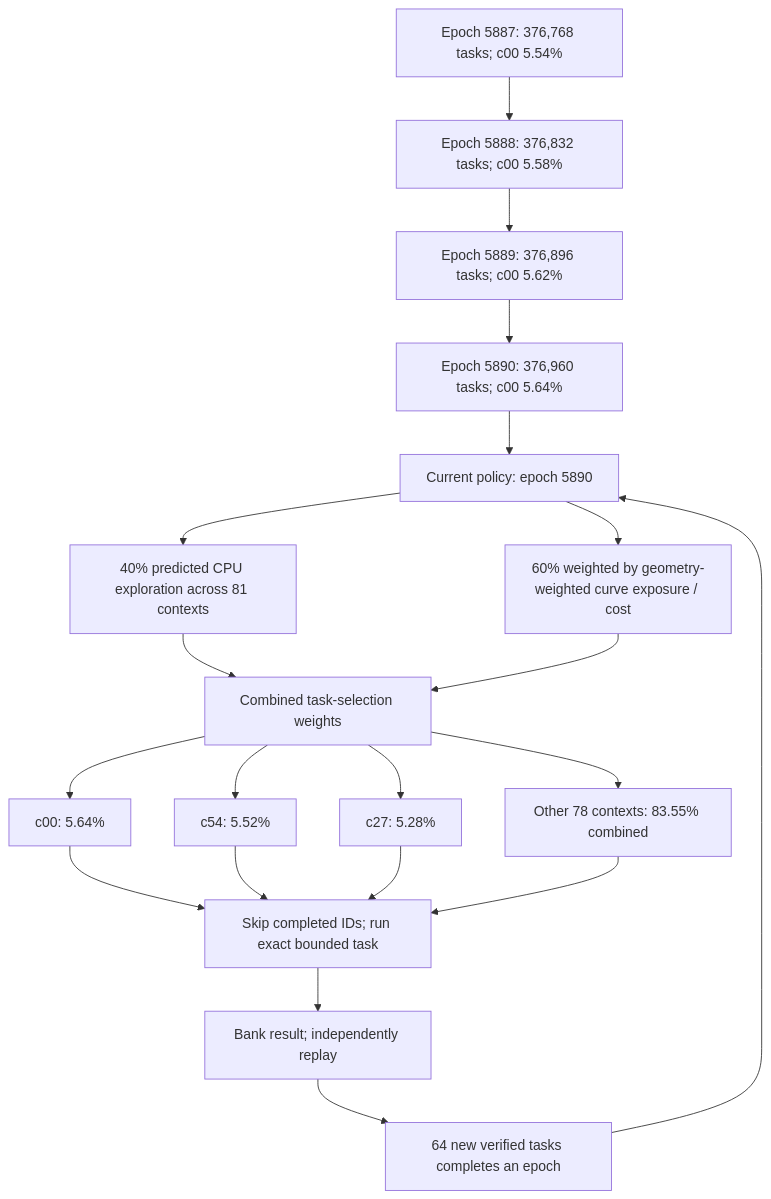
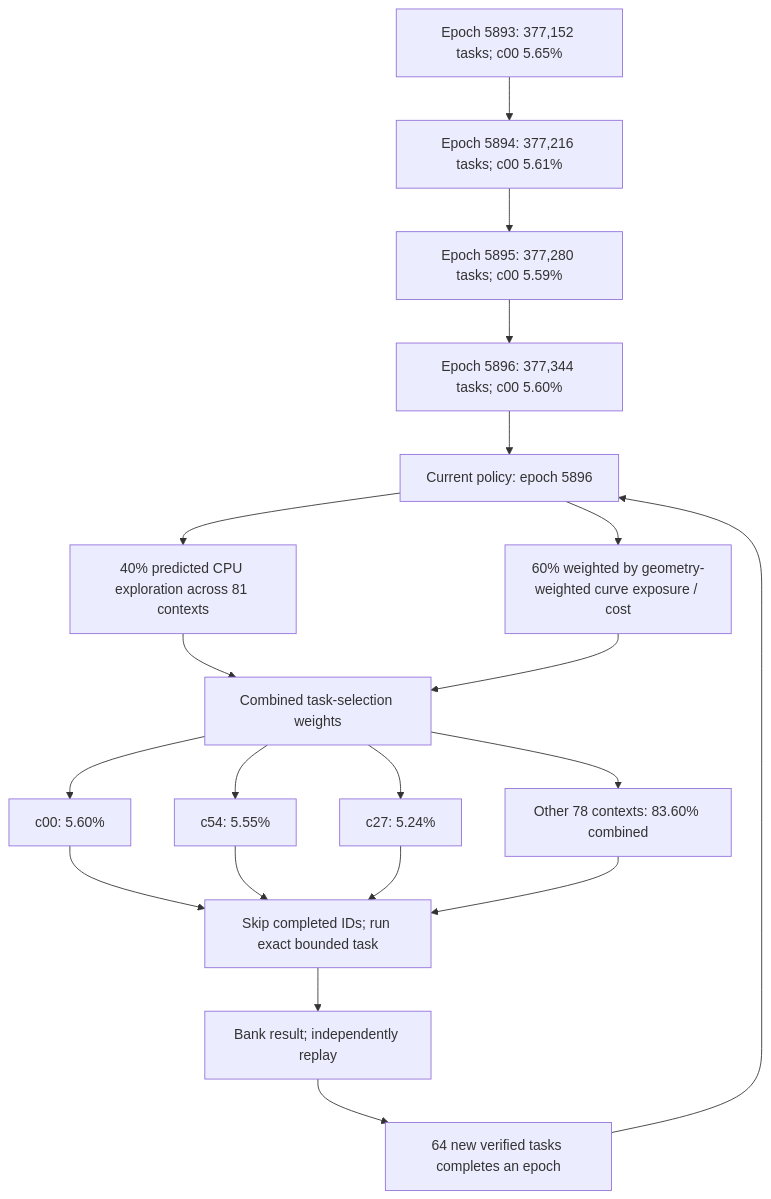
The first of 3 diagrams in README.md (Kuberwastaken/math-gambling), drawn with Mermaid before and after one commit. The commit also changed other lines of this file and 2412 other files, not shown here.

````diff
--- a/README.md
+++ b/README.md
@@ -60,27 +60,27 @@
 ```mermaid
 flowchart TD
-    H0["Epoch 5887: 376,768 tasks; c00 5.54%"]
-    H1["Epoch 5888: 376,832 tasks; c00 5.58%"]
+    H0["Epoch 5893: 377,152 tasks; c00 5.65%"]
+    H1["Epoch 5894: 377,216 tasks; c00 5.61%"]
     H0 --> H1
-    H2["Epoch 5889: 376,896 tasks; c00 5.62%"]
+    H2["Epoch 5895: 377,280 tasks; c00 5.59%"]
     H1 --> H2
-    H3["Epoch 5890: 376,960 tasks; c00 5.64%"]
+    H3["Epoch 5896: 377,344 tasks; c00 5.60%"]
     H2 --> H3
-    Policy["Current policy: epoch 5890"]
+    Policy["Current policy: epoch 5896"]
     H3 --> Policy
     Policy --> Explore["40% predicted CPU exploration across 81 contexts"]
     Policy --> Cost["60% weighted by geometry-weighted curve exposure / cost"]
     Explore --> Mix["Combined task-selection weights"]
     Cost --> Mix
-    Mix --> C0["c00: 5.64%"]
-    Mix --> C1["c54: 5.52%"]
-    Mix --> C2["c27: 5.28%"]
-    Mix --> Rest["Other 78 contexts: 83.55% combined"]
+    Mix --> C0["c00: 5.60%"]
+    Mix --> C1["c54: 5.55%"]
+    Mix --> C2["c27: 5.24%"]
+    Mix --> Rest["Other 78 contexts: 83.60% combined"]
     C0 --> Check["Skip completed IDs; run exact bounded task"]
     C1 --> Check
     C2 --> Check
     Rest --> Check
     Check --> Replay["Bank result; independently replay"]
     Replay --> Gate["64 new verified tasks completes an epoch"]
     Gate --> Policy
 ```
````
